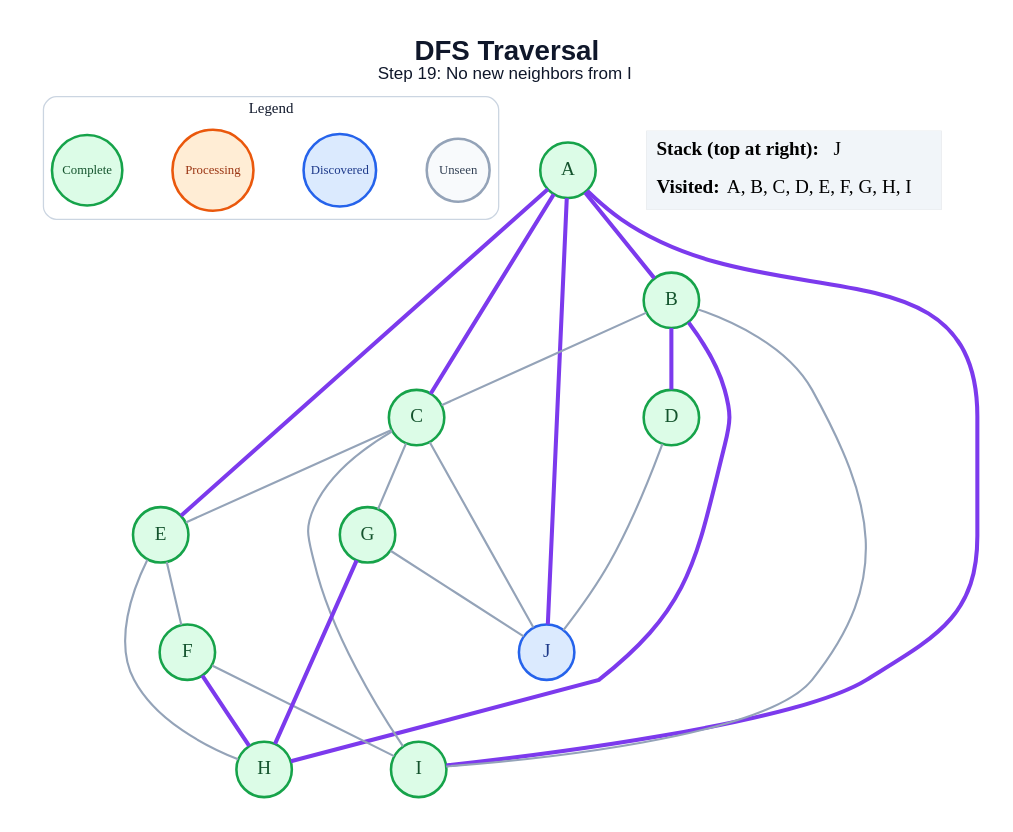
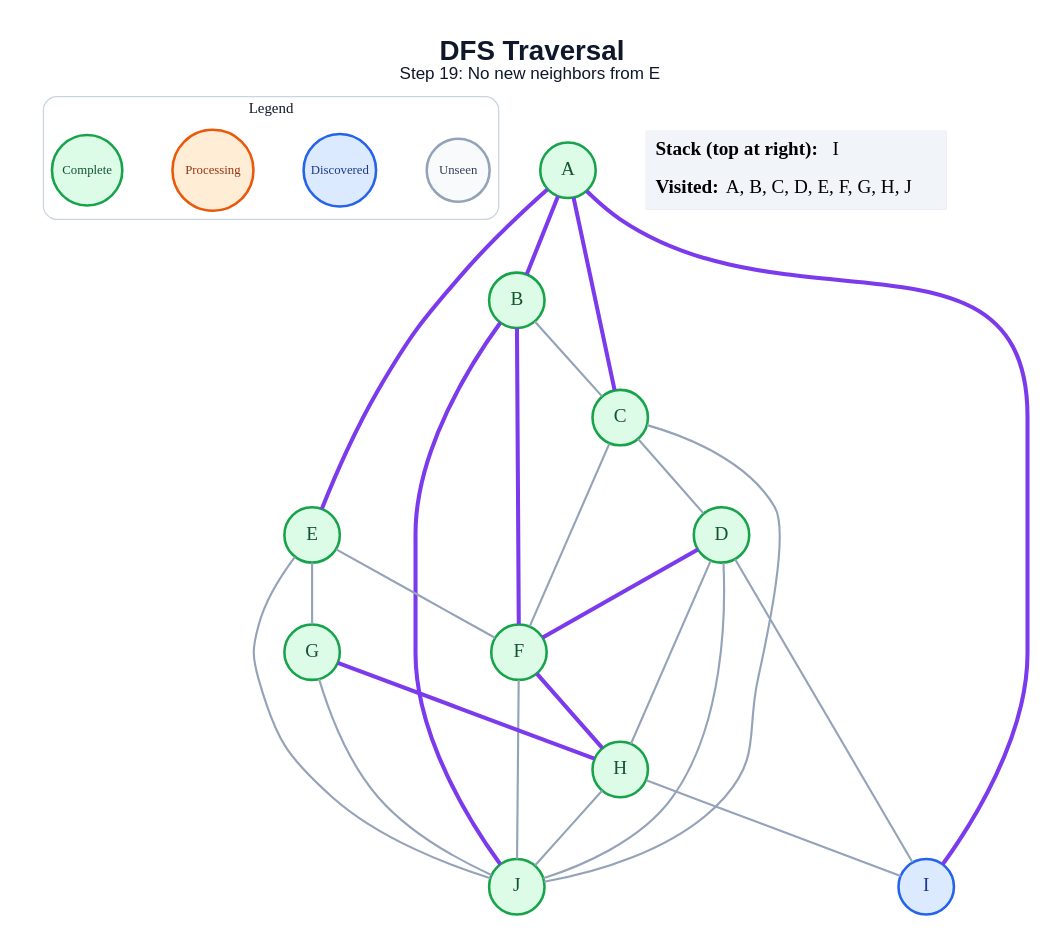
The diagram in generated/dfs/step_19.dot (anon7238593-create/ai-slop), drawn with Graphviz before and after one commit. The commit also changed 178 other files, not shown here.

```diff
--- a/generated/dfs/step_19.dot
+++ b/generated/dfs/step_19.dot
@@ -1,49 +1,52 @@
 graph traversal {
   graph [layout=dot, rankdir=TB, bgcolor="#FFFFFF", pad="0.35", nodesep="0.65", ranksep="0.8", fontname="Arial"];
   node [shape=circle, style="filled", fontname="Arial Bold", fontsize=18, width=0.72, fixedsize=true, penwidth=2.4];
   edge [color="#94A3B8", penwidth=2.0];
-  label=<<B>DFS Traversal</B><BR/><FONT POINT-SIZE="16">Step 19: No new neighbors from I</FONT>>; labelloc="t"; fontsize=26; fontname="Arial"; fontcolor="#0F172A";
+  label=<<B>DFS Traversal</B><BR/><FONT POINT-SIZE="16">Step 19: No new neighbors from E</FONT>>; labelloc="t"; fontsize=26; fontname="Arial"; fontcolor="#0F172A";
   subgraph cluster_legend { label="Legend"; color="#CBD5E1"; penwidth=1.2; style="rounded"; fontsize=14; fontname="Arial Bold";
     key_unseen [label="Unseen", fillcolor="#F8FAFC", color="#94A3B8", fontcolor="#334155", fontsize=12, width=0.82];
     key_frontier [label="Discovered", fillcolor="#DBEAFE", color="#2563EB", fontcolor="#1E3A8A", fontsize=12, width=0.95];
     key_current [label="Processing", fillcolor="#FFEDD5", color="#EA580C", fontcolor="#9A3412", fontsize=12, width=1.05];
     key_done [label="Complete", fillcolor="#DCFCE7", color="#16A34A", fontcolor="#14532D", fontsize=12, width=0.92];
     { rank=same; key_unseen; key_frontier; key_current; key_done; }
   }
   A [fillcolor="#DCFCE7", color="#16A34A", fontcolor="#14532D"];
   B [fillcolor="#DCFCE7", color="#16A34A", fontcolor="#14532D"];
   C [fillcolor="#DCFCE7", color="#16A34A", fontcolor="#14532D"];
   D [fillcolor="#DCFCE7", color="#16A34A", fontcolor="#14532D"];
   E [fillcolor="#DCFCE7", color="#16A34A", fontcolor="#14532D"];
   F [fillcolor="#DCFCE7", color="#16A34A", fontcolor="#14532D"];
   G [fillcolor="#DCFCE7", color="#16A34A", fontcolor="#14532D"];
   H [fillcolor="#DCFCE7", color="#16A34A", fontcolor="#14532D"];
-  I [fillcolor="#DCFCE7", color="#16A34A", fontcolor="#14532D"];
-  J [fillcolor="#DBEAFE", color="#2563EB", fontcolor="#1E3A8A"];
+  I [fillcolor="#DBEAFE", color="#2563EB", fontcolor="#1E3A8A"];
+  J [fillcolor="#DCFCE7", color="#16A34A", fontcolor="#14532D"];
   A -- B [color="#7C3AED", penwidth=3.8];
   A -- C [color="#7C3AED", penwidth=3.8];
   A -- E [color="#7C3AED", penwidth=3.8];
   A -- I [color="#7C3AED", penwidth=3.8];
-  A -- J [color="#7C3AED", penwidth=3.8];
   B -- C;
-  B -- D [color="#7C3AED", penwidth=3.8];
-  B -- H [color="#7C3AED", penwidth=3.8];
-  B -- I;
-  C -- E;
-  C -- G;
-  C -- I;
+  B -- F [color="#7C3AED", penwidth=3.8];
+  B -- J [color="#7C3AED", penwidth=3.8];
+  C -- D;
+  C -- F;
   C -- J;
+  D -- F [color="#7C3AED", penwidth=3.8];
+  D -- H;
+  D -- I;
   D -- J;
   E -- F;
-  E -- H;
+  E -- G;
+  E -- J;
   F -- H [color="#7C3AED", penwidth=3.8];
-  F -- I;
+  F -- J;
   G -- H [color="#7C3AED", penwidth=3.8];
   G -- J;
+  H -- I;
+  H -- J;
   status [shape=plain, fixedsize=false, width=0, height=0, margin=0, label=<
     <TABLE BORDER="0" CELLBORDER="0" CELLPADDING="7" BGCOLOR="#F1F5F9">
-      <TR><TD ALIGN="LEFT"><B>Stack (top at right):</B> J</TD></TR>
-      <TR><TD ALIGN="LEFT"><B>Visited:</B> A, B, C, D, E, F, G, H, I</TD></TR>
+      <TR><TD ALIGN="LEFT"><B>Stack (top at right):</B> I</TD></TR>
+      <TR><TD ALIGN="LEFT"><B>Visited:</B> A, B, C, D, E, F, G, H, J</TD></TR>
     </TABLE>
   >];
 }
```
